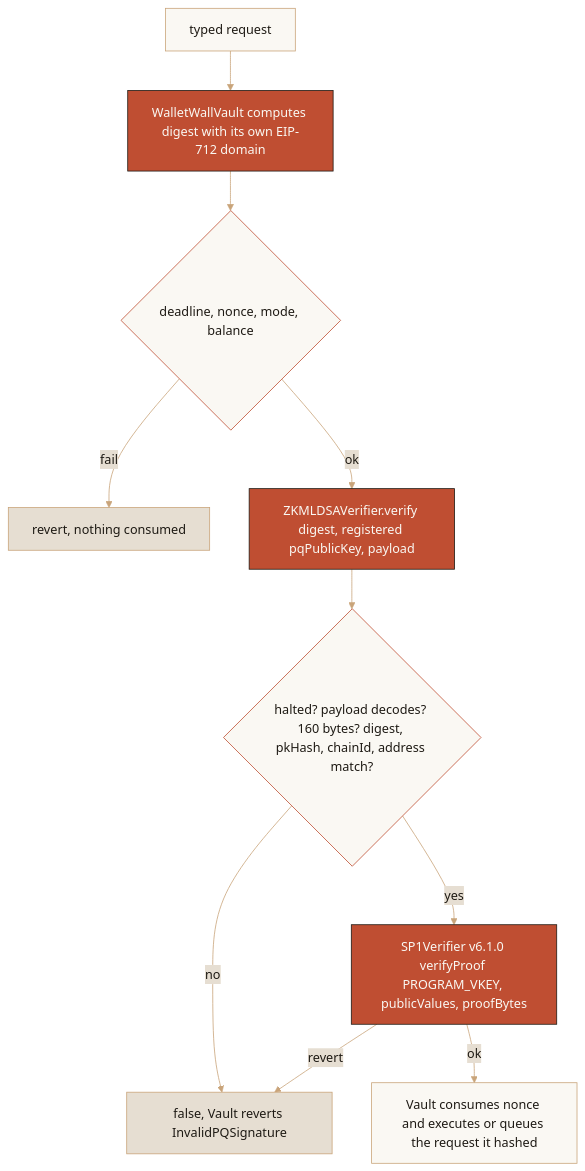
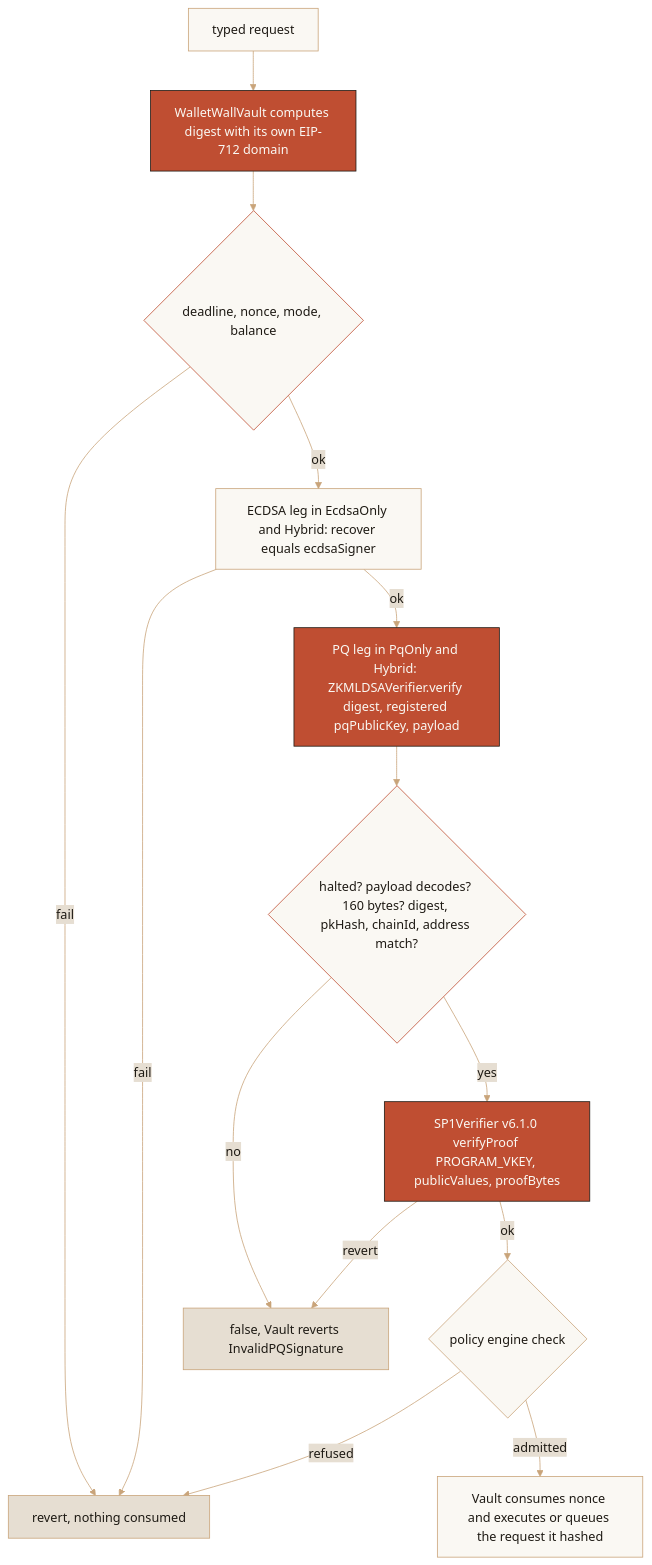
The first of 2 diagrams in docs/SP1_Production_Binding_Design.md (Wallet-Wall/walletwall-vault), drawn with Mermaid before and after one commit. The commit also changed other lines of this file and 4 other files, not shown here.

````diff
--- a/docs/SP1_Production_Binding_Design.md
+++ b/docs/SP1_Production_Binding_Design.md
@@ -90,19 +101,23 @@
 ```mermaid
 %%{init: {"theme": "base", "themeVariables": {"primaryColor": "#FAF8F3", "primaryTextColor": "#1E1A14", "primaryBorderColor": "#BF4E32", "lineColor": "#C9A47A", "secondaryColor": "#E6DED2", "tertiaryColor": "#FAF8F3"}}}%%
 flowchart TD
     R[typed request] --> V[WalletWallVault computes digest with its own EIP-712 domain]
     V --> C1{deadline, nonce, mode, balance}
     C1 -- fail --> X1[revert, nothing consumed]
-    C1 -- ok --> W[ZKMLDSAVerifier.verify digest, registered pqPublicKey, payload]
+    C1 -- ok --> F[ECDSA leg in EcdsaOnly and Hybrid: recover equals ecdsaSigner]
+    F -- fail --> X1
+    F -- ok --> W[PQ leg in PqOnly and Hybrid: ZKMLDSAVerifier.verify digest, registered pqPublicKey, payload]
     W --> C2{halted? payload decodes? 160 bytes? digest, pkHash, chainId, address match?}
     C2 -- no --> X2[false, Vault reverts InvalidPQSignature]
     C2 -- yes --> S[SP1Verifier v6.1.0 verifyProof PROGRAM_VKEY, publicValues, proofBytes]
     S -- revert --> X2
-    S -- ok --> E[Vault consumes nonce and executes or queues the request it hashed]
+    S -- ok --> P{policy engine check}
+    P -- refused --> X1
+    P -- admitted --> E[Vault consumes nonce and executes or queues the request it hashed]
     classDef wwPrimary fill:#BF4E32,stroke:#1E1A14,color:#FAF8F3;
     classDef wwLight fill:#FAF8F3,stroke:#C9A47A,color:#1E1A14;
     classDef wwMuted fill:#E6DED2,stroke:#C9A47A,color:#1E1A14;
     class V,W,S wwPrimary;
-    class R,E wwLight;
+    class R,E,F,P wwLight;
     class X1,X2 wwMuted;
 ```
````
